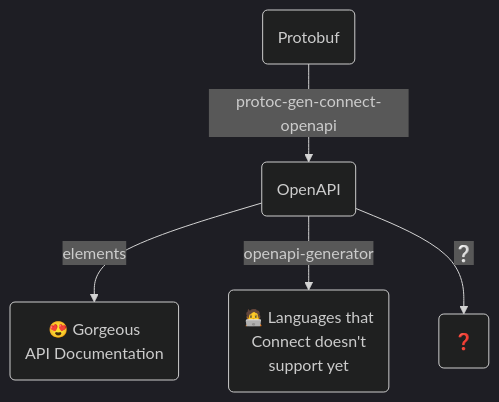
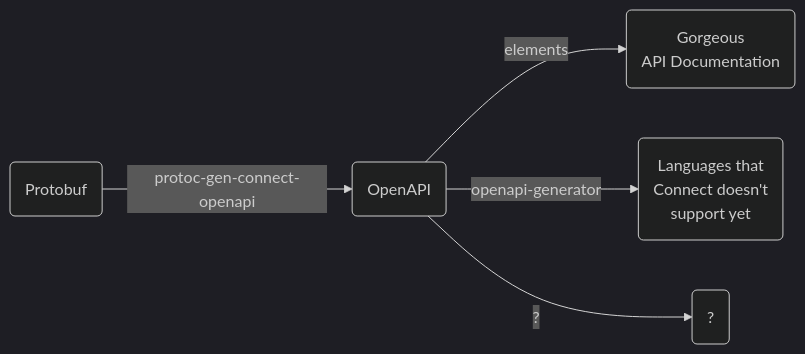
Before and after one commit to sudorandom/protoc-gen-connect-openapi: the diagram in README.md, drawn with Mermaid (dark theme). The commit also changed other lines of this file, not shown here.

````diff
--- a/README.md
+++ b/README.md
@@ -11,10 +19,10 @@
 ```mermaid
-flowchart TD
+flowchart LR
 
 protobuf(Protobuf) -->|protoc-gen-connect-openapi| openapi(OpenAPI)
-openapi -->|elements| elements(😍 Gorgeous\nAPI Documentation)
-openapi -->|openapi-generator| other-languages(🧑‍💻 Languages that\nConnect doesn't\n support yet)
-openapi -->|❔| ???(❓)
+openapi -->|elements| elements(Gorgeous\nAPI Documentation)
+openapi -->|openapi-generator| other-languages(Languages that\nConnect doesn't\n support yet)
+openapi -->|?| ???(?)
 click elements "https://github.com/stoplightio/elements" _blank
 click openapi-generator "https://github.com/OpenAPITools/openapi-generator" _blank
 ```
````
